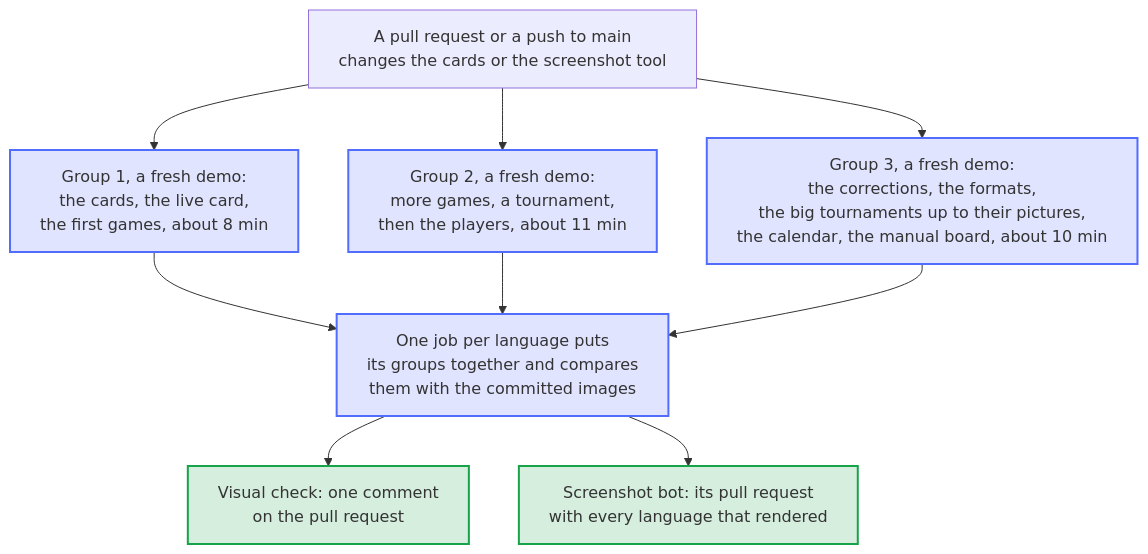
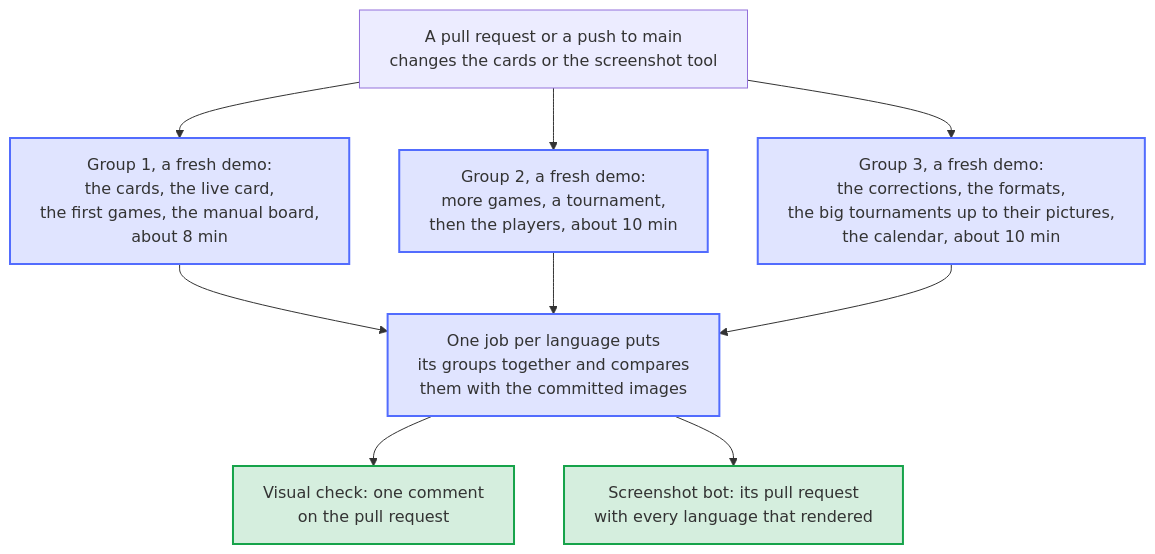
One commit to Dennis-Otto/homedarts-for-autodarts changed the diagram in docs/diagrams/screenshot-groups.en.mmd. Above: the diagram before and after it, drawn with Mermaid. The commit also changed 11 other files, not shown here.

First line of the commit message:
perf(ci): move the dartboard without Autodarts to the first screenshot group

```diff
--- a/docs/diagrams/screenshot-groups.en.mmd
+++ b/docs/diagrams/screenshot-groups.en.mmd
@@ -1,21 +1,21 @@
 ---
 config:
   flowchart:
     wrappingWidth: 400
 ---
 flowchart TB
   accTitle: How the visual check and the screenshot bot render the images in groups
-  accDescr: Each language renders in three groups at once, each group on a runner of its own from a fresh demo. The cards and the first games make group 1, more games with the players group 2, the corrections of a dart, the formats, the big tournaments, the calendar and the dartboard without Autodarts group 3. Then one job per language puts the images of its three groups together and compares them with the committed images. The visual check writes the comparison into one comment on the pull request; the screenshot bot updates its pull request with every language that rendered.
+  accDescr: Each language renders in three groups at once, each group on a runner of its own from a fresh demo. The cards, the first games and the dartboard without Autodarts make group 1, more games with the players group 2, the corrections of a dart, the formats, the big tournaments and the calendar group 3. Then one job per language puts the images of its three groups together and compares them with the committed images. The visual check writes the comparison into one comment on the pull request; the screenshot bot updates its pull request with every language that rendered.
 
   START["A pull request or a push to main<br/>changes the cards or the screenshot tool"] --> G1 & G2 & G3
-  G1["Group 1, a fresh demo:<br/>the cards, the live card,<br/>the first games, about 8 min"]
-  G2["Group 2, a fresh demo:<br/>more games, a tournament,<br/>then the players, about 11 min"]
-  G3["Group 3, a fresh demo:<br/>the corrections, the formats,<br/>the big tournaments up to their pictures,<br/>the calendar, the manual board, about 10 min"]
+  G1["Group 1, a fresh demo:<br/>the cards, the live card,<br/>the first games, the manual board,<br/>about 8 min"]
+  G2["Group 2, a fresh demo:<br/>more games, a tournament,<br/>then the players, about 10 min"]
+  G3["Group 3, a fresh demo:<br/>the corrections, the formats,<br/>the big tournaments up to their pictures,<br/>the calendar, about 10 min"]
   G1 & G2 & G3 --> COLLECT["One job per language puts<br/>its groups together and compares<br/>them with the committed images"]
   COLLECT --> COMMENT["Visual check: one comment<br/>on the pull request"]
   COLLECT --> BOT["Screenshot bot: its pull request<br/>with every language that rendered"]
 
   classDef bot fill:#526cfe2e,stroke:#526cfe,stroke-width:2px
   classDef done fill:#16a34a2e,stroke:#16a34a,stroke-width:2px
   class G1,G2,G3,COLLECT bot
   class COMMENT,BOT done
```
